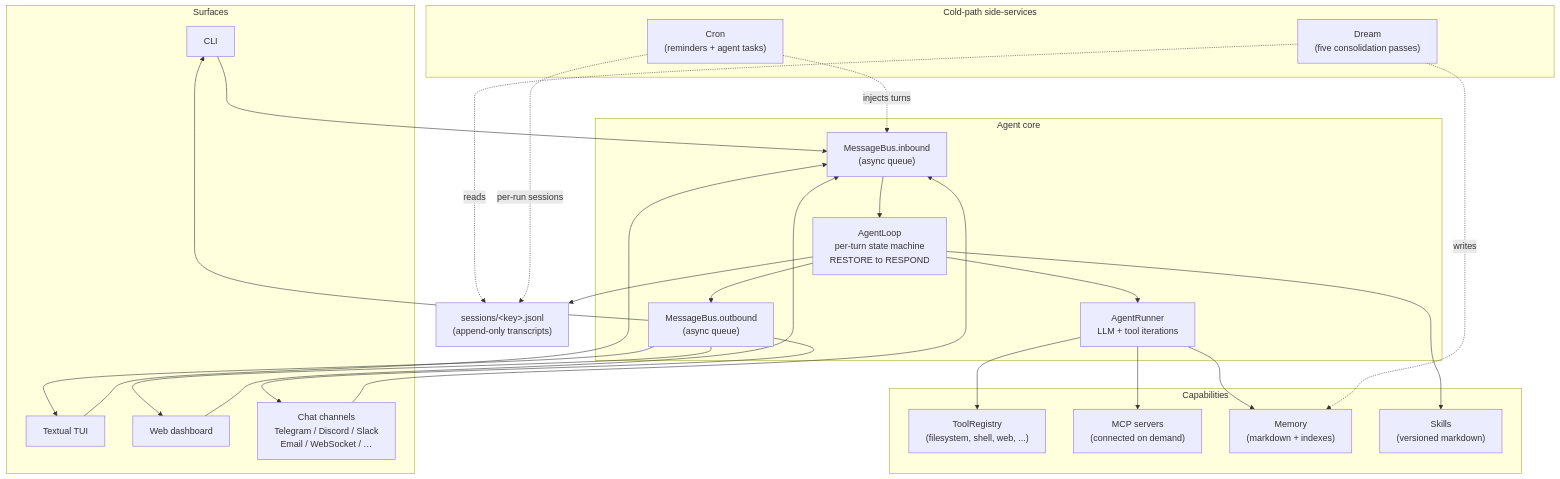
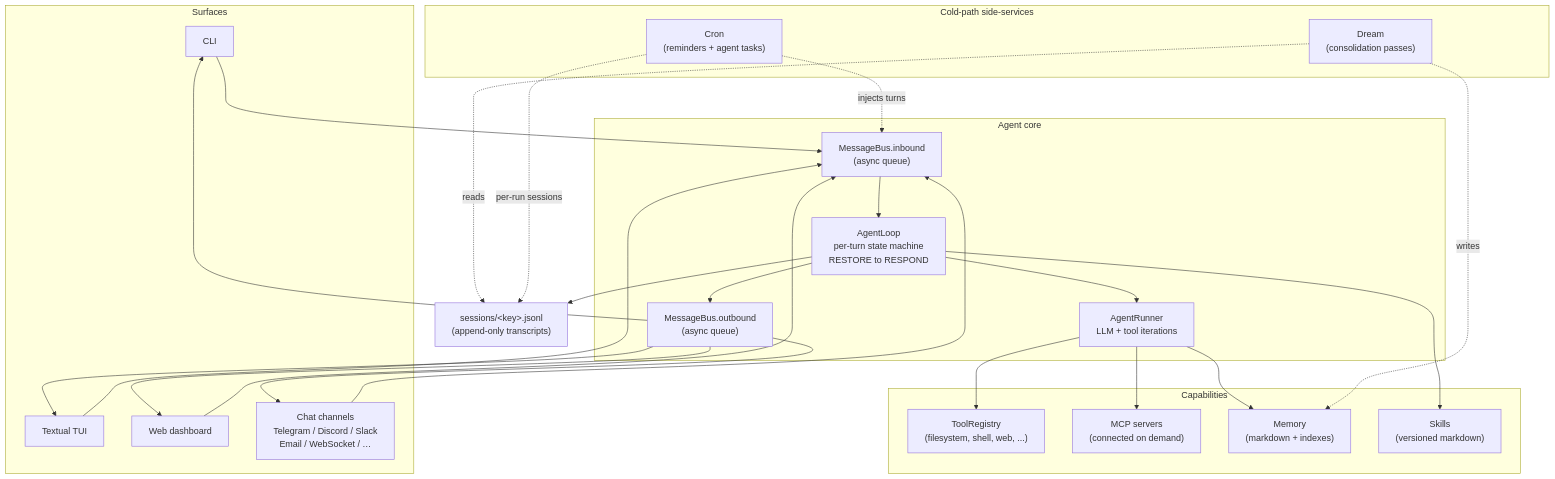
One commit to mmarmol/durin changed the diagram in docs/README.md. Above: the diagram before and after it, drawn with Mermaid. The commit also changed other lines of this file and 31 other files, not shown here.

````diff
--- a/docs/README.md
+++ b/docs/README.md
@@ -96,54 +96,54 @@
 ```mermaid
 flowchart TB
     subgraph surfaces["Surfaces"]
         CLI["CLI"]
         TUI["Textual TUI"]
         WEB["Web dashboard"]
         CH["Chat channels<br/>Telegram / Discord / Slack<br/>Email / WebSocket / …"]
     end
 
     subgraph core["Agent core"]
         BUSIN["MessageBus.inbound<br/>(async queue)"]
         LOOP["AgentLoop<br/>per-turn state machine<br/>RESTORE to RESPOND"]
         RUNNER["AgentRunner<br/>LLM + tool iterations"]
         BUSOUT["MessageBus.outbound<br/>(async queue)"]
     end
 
     subgraph capabilities["Capabilities"]
         TOOLS["ToolRegistry<br/>(filesystem, shell, web, ...)"]
         MCP["MCP servers<br/>(connected on demand)"]
         MEM["Memory<br/>(markdown + indexes)"]
         SKILLS["Skills<br/>(versioned markdown)"]
     end
 
     subgraph cold["Cold-path side-services"]
         CRON["Cron<br/>(reminders + agent tasks)"]
-        DREAM["Dream<br/>(five consolidation passes)"]
+        DREAM["Dream<br/>(consolidation passes)"]
     end
 
     SESS["sessions/&lt;key&gt;.jsonl<br/>(append-only transcripts)"]
 
     CLI --> BUSIN
     TUI --> BUSIN
     WEB --> BUSIN
     CH --> BUSIN
 
     BUSIN --> LOOP
     LOOP --> RUNNER
     RUNNER --> TOOLS
     RUNNER --> MCP
     RUNNER --> MEM
     LOOP --> SKILLS
     LOOP --> SESS
 
     LOOP --> BUSOUT
     BUSOUT --> CLI
     BUSOUT --> TUI
     BUSOUT --> WEB
     BUSOUT --> CH
 
     CRON -.injects turns.-> BUSIN
     DREAM -.reads.-> SESS
     DREAM -.writes.-> MEM
     CRON -.per-run sessions.-> SESS
 ```
````
